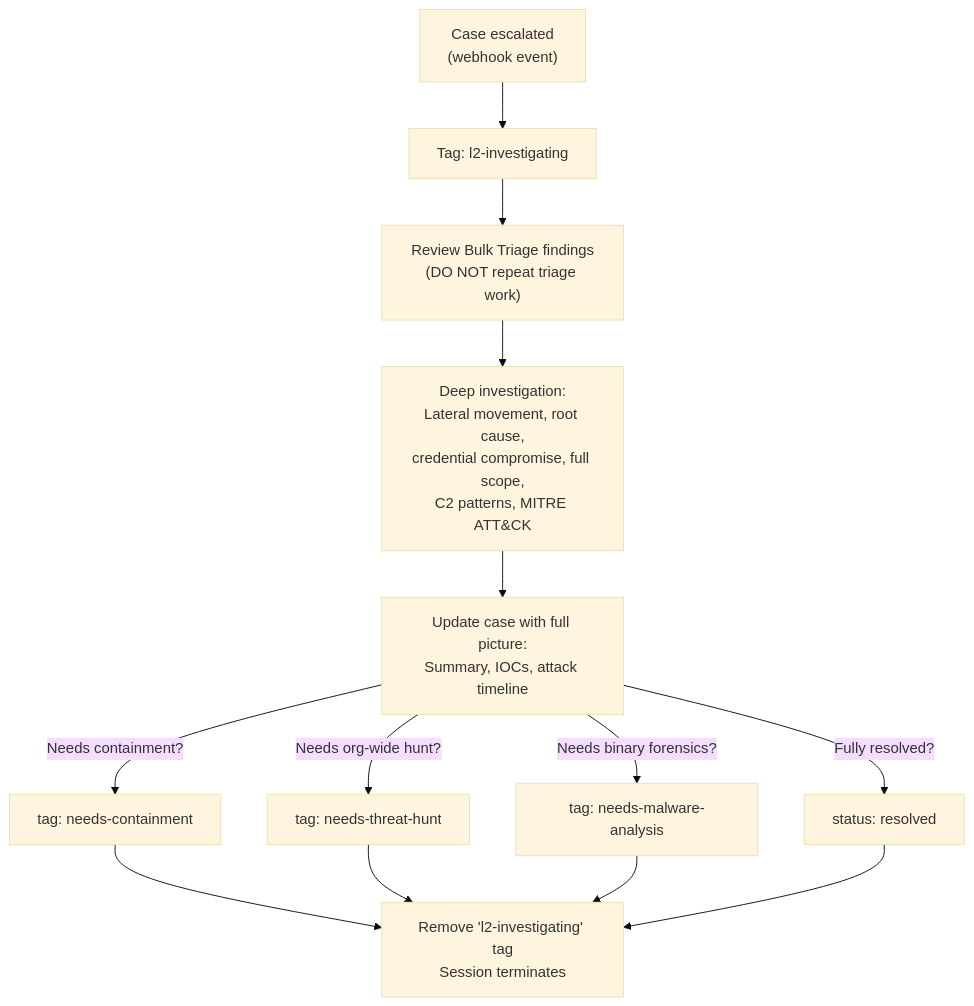
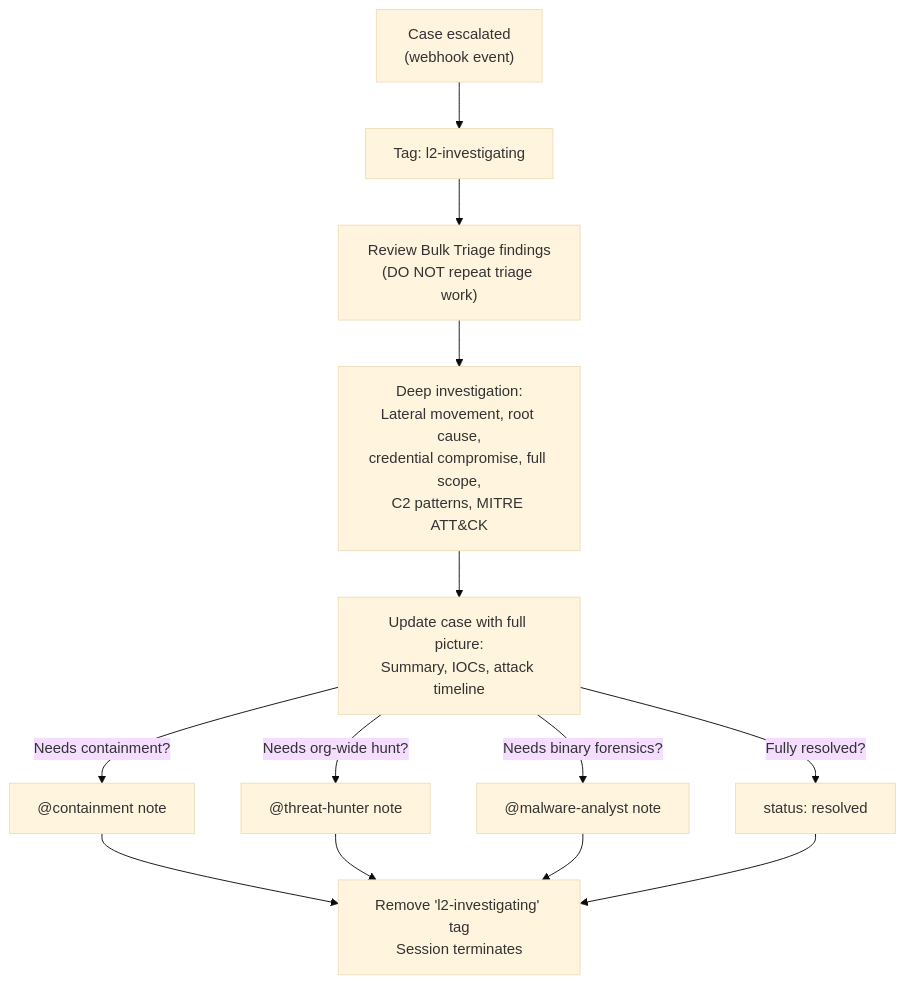
One commit to refractionPOINT/lc-ai changed the diagram in lc-soc/baselining-soc/l2-analyst/README.md. Above: the diagram before and after it, drawn with Mermaid (base theme). The commit also changed other lines of this file and 4 other files, not shown here.

````diff
--- a/lc-soc/baselining-soc/l2-analyst/README.md
+++ b/lc-soc/baselining-soc/l2-analyst/README.md
@@ -7,15 +7,15 @@
 ```mermaid
 flowchart TD
     trigger["Case escalated<br/>(webhook event)"] --> tag["Tag: l2-investigating"]
     tag --> review["Review Bulk Triage findings<br/>(DO NOT repeat triage work)"]
     review --> deep["Deep investigation:<br/>Lateral movement, root cause,<br/>credential compromise, full scope,<br/>C2 patterns, MITRE ATT&CK"]
     deep --> update["Update case with full picture:<br/>Summary, IOCs, attack timeline"]
-    update -->|Needs containment?| contain["tag: needs-containment"]
-    update -->|Needs org-wide hunt?| hunt["tag: needs-threat-hunt"]
-    update -->|Needs binary forensics?| malware["tag: needs-malware-analysis"]
+    update -->|Needs containment?| contain["@containment note"]
+    update -->|Needs org-wide hunt?| hunt["@threat-hunter note"]
+    update -->|Needs binary forensics?| malware["@malware-analyst note"]
     update -->|Fully resolved?| resolved["status: resolved"]
     contain --> cleanup["Remove 'l2-investigating' tag<br/>Session terminates"]
     hunt --> cleanup
     malware --> cleanup
     resolved --> cleanup
 ```
````
